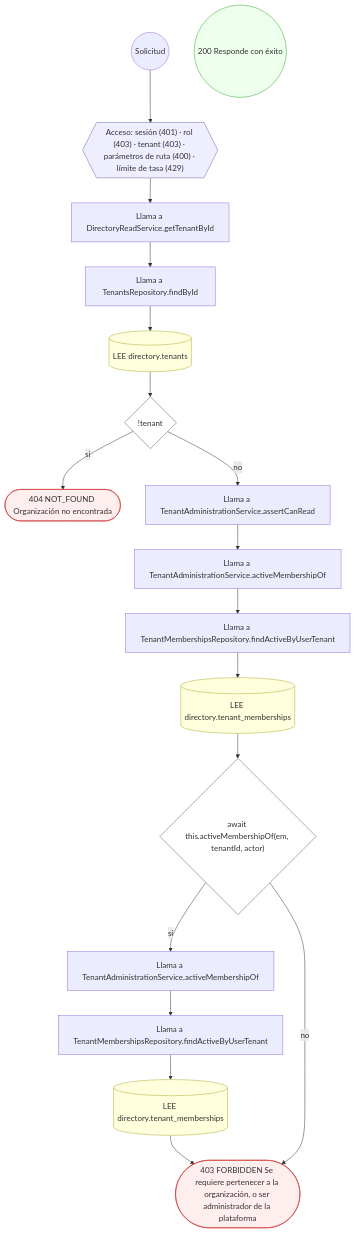
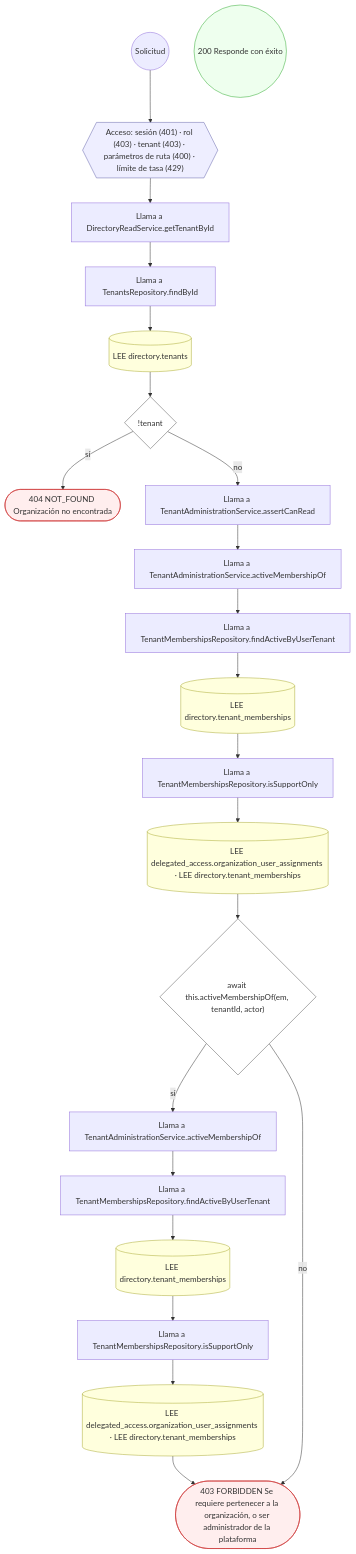
One commit to mdavila-2001/mantra-core-health-api changed the seventh of 30 diagrams in docs/inventario/flujos/directory.md. Above: the diagram before and after it, drawn with Mermaid. The commit also changed other lines of this file and 1040 other files, not shown here.

````diff
--- a/docs/inventario/flujos/directory.md
+++ b/docs/inventario/flujos/directory.md
@@ -761,42 +813,50 @@
 ```mermaid
 flowchart TD
   n1(("Solicitud")):::inicio
   n2{{"Acceso: sesión (401) · rol (403) · tenant (403) · parámetros de ruta (400) · límite de tasa (429)"}}:::acceso
   n1 --> n2
   n3["Llama a DirectoryReadService.getTenantById"]:::llamada
   n2 --> n3
   n4["Llama a TenantsRepository.findById"]:::llamada
   n3 --> n4
   n5[("LEE directory.tenants")]:::efecto
   n4 --> n5
   n6{"!tenant"}:::decision
   n5 --> n6
   n7(["404 NOT_FOUND Organización no encontrada"]):::error
   n6 -->|"sí"| n7
   n8["Llama a TenantAdministrationService.assertCanRead"]:::llamada
   n6 -->|"no"| n8
   n9["Llama a TenantAdministrationService.activeMembershipOf"]:::llamada
   n8 --> n9
   n10["Llama a TenantMembershipsRepository.findActiveByUserTenant"]:::llamada
   n9 --> n10
   n11[("LEE directory.tenant_memberships")]:::efecto
   n10 --> n11
-  n12{"await this.activeMembershipOf(em, tenantId, actor)"}:::decision
+  n12["Llama a TenantMembershipsRepository.isSupportOnly"]:::llamada
   n11 --> n12
-  n13["Llama a TenantAdministrationService.activeMembershipOf"]:::llamada
-  n12 -->|"sí"| n13
-  n14["Llama a TenantMembershipsRepository.findActiveByUserTenant"]:::llamada
+  n13[("LEE delegated_access.organization_user_assignments · LEE directory.tenant_memberships")]:::efecto
+  n12 --> n13
+  n14{"await this.activeMembershipOf(em, tenantId, actor)"}:::decision
   n13 --> n14
-  n15[("LEE directory.tenant_memberships")]:::efecto
-  n14 --> n15
-  n16(["403 FORBIDDEN Se requiere pertenecer a la organización, o ser administrador de la plataforma"]):::error
+  n15["Llama a TenantAdministrationService.activeMembershipOf"]:::llamada
+  n14 -->|"sí"| n15
+  n16["Llama a TenantMembershipsRepository.findActiveByUserTenant"]:::llamada
   n15 --> n16
-  n12 -->|"no"| n16
-  n17(("200 Responde con éxito")):::ok
+  n17[("LEE directory.tenant_memberships")]:::efecto
+  n16 --> n17
+  n18["Llama a TenantMembershipsRepository.isSupportOnly"]:::llamada
+  n17 --> n18
+  n19[("LEE delegated_access.organization_user_assignments · LEE directory.tenant_memberships")]:::efecto
+  n18 --> n19
+  n20(["403 FORBIDDEN Se requiere pertenecer a la organización, o ser administrador de la plataforma"]):::error
+  n19 --> n20
+  n14 -->|"no"| n20
+  n21(("200 Responde con éxito")):::ok
   classDef acceso fill:#eef,stroke:#66a
   classDef error fill:#fee,stroke:#c33
   classDef ok fill:#efe,stroke:#3a3
   classDef efecto fill:#ffd,stroke:#aa3
   classDef decision fill:#fff,stroke:#555
   classDef corte fill:#eee,stroke:#999,stroke-dasharray: 4
 ```
````
